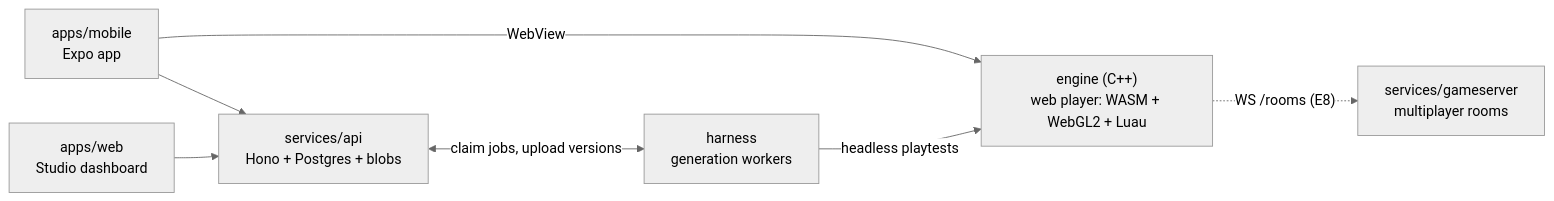
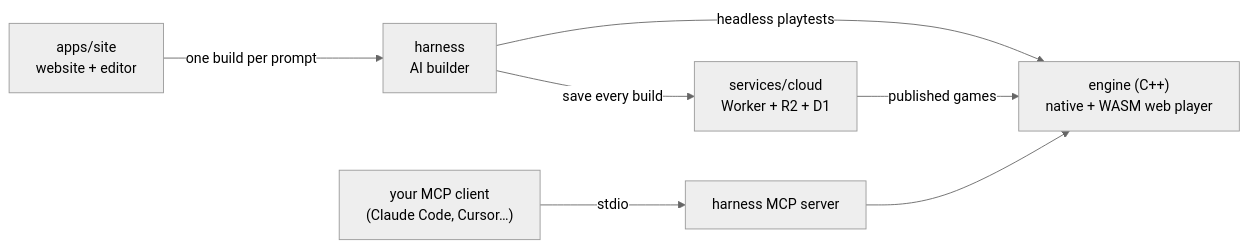
The diagram in README.md (amansmallest/dreamsy-mono), drawn with Mermaid (neutral theme) before and after one commit. The commit also changed other lines of this file and 12 other files, not shown here.

````diff
--- a/README.md
+++ b/README.md
@@ -9,9 +11,9 @@
 ```mermaid
 flowchart LR
-  mobile["apps/mobile<br/>Expo app"] --> api
-  web["apps/web<br/>Studio dashboard"] --> api
-  api["services/api<br/>Hono + Postgres + blobs"] <-- "claim jobs, upload versions" --> harness["harness<br/>generation workers"]
-  mobile -- WebView --> engine["engine (C++)<br/>web player: WASM + WebGL2 + Luau"]
-  engine -. "WS /rooms (E8)" .-> gs["services/gameserver<br/>multiplayer rooms"]
-  harness -- "headless playtests" --> engine
+  editor["apps/site<br/>website + editor"] -- "one build per prompt" --> harness["harness<br/>AI builder"]
+  mcp["your MCP client<br/>(Claude Code, Cursor…)"] -- "stdio" --> mcpserver["harness MCP server"]
+  harness -- "headless playtests" --> engine["engine (C++)<br/>native + WASM web player"]
+  mcpserver --> engine
+  harness -- "save every build" --> cloud["services/cloud<br/>Worker + R2 + D1"]
+  cloud -- "published games" --> engine
 ```
````
